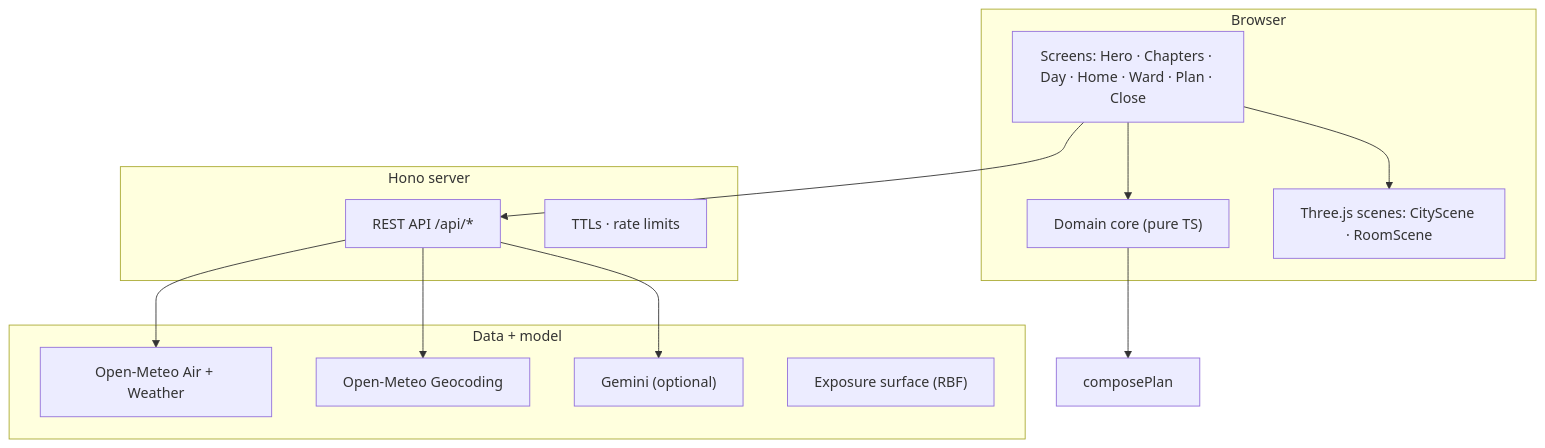
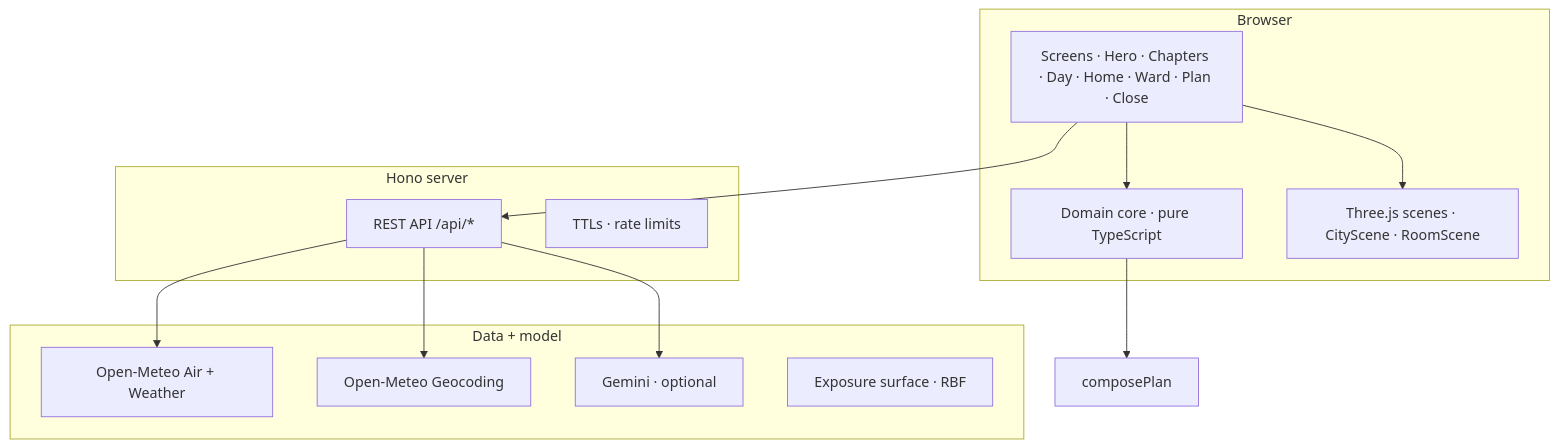
Before and after one commit to Shikhyy/Saans: the second of 3 diagrams in README.md, drawn with Mermaid. The commit also changed other lines of this file, not shown here.

Commit message:
docs: refined mermaid diagrams and delivery polish

````diff
--- a/README.md
+++ b/README.md
@@ -77,25 +79,29 @@
 ```mermaid
 flowchart TB
+    classDef client fill:#0b0c0e,stroke:#ffae5c,color:#e9e9e6
+    classDef core fill:#131519,stroke:#3a3d44,color:#e9e9e6
+    classDef server fill:#131519,stroke:#ffae5c,color:#e9e9e6
+    classDef data fill:#131519,stroke:#3a3d44,color:#e9e9e6
     subgraph Client["Browser"]
-        UI["Screens: Hero · Chapters · Day · Home · Ward · Plan · Close"]
-        CORE["Domain core (pure TS)"]
-        SCENE["Three.js scenes: CityScene · RoomScene"]
+        UI["Screens · Hero · Chapters · Day · Home · Ward · Plan · Close"]
+        CORE["Domain core · pure TypeScript"]
+        SCENE["Three.js scenes · CityScene · RoomScene"]
     end
     subgraph Server["Hono server"]
         API["REST API /api/*"]
         CACHE["TTLs · rate limits"]
     end
     subgraph Data["Data + model"]
         AQ["Open-Meteo Air + Weather"]
         GEO["Open-Meteo Geocoding"]
-        GEM["Gemini (optional)"]
-        KERNEL["Exposure surface (RBF)"]
+        GEM["Gemini · optional"]
+        KERNEL["Exposure surface · RBF"]
     end
     UI --> API
     API --> AQ
     API --> GEO
     API --> GEM
     UI --> CORE
     CORE --> PLAN["composePlan"]
     UI --> SCENE
 ```
````
